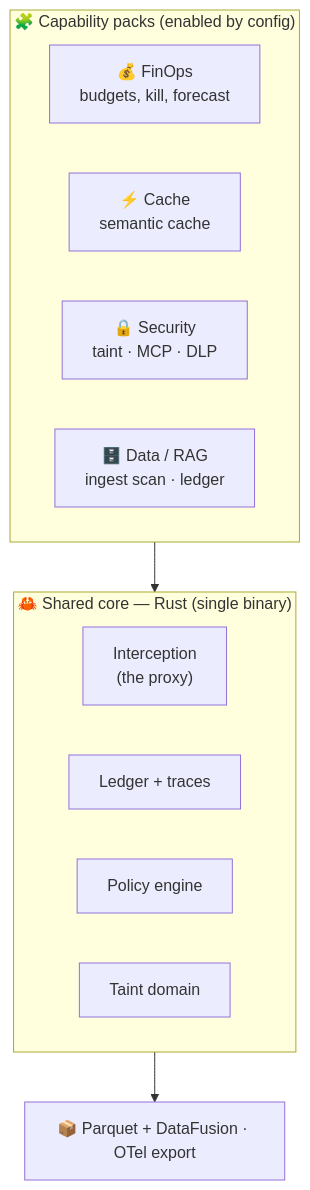
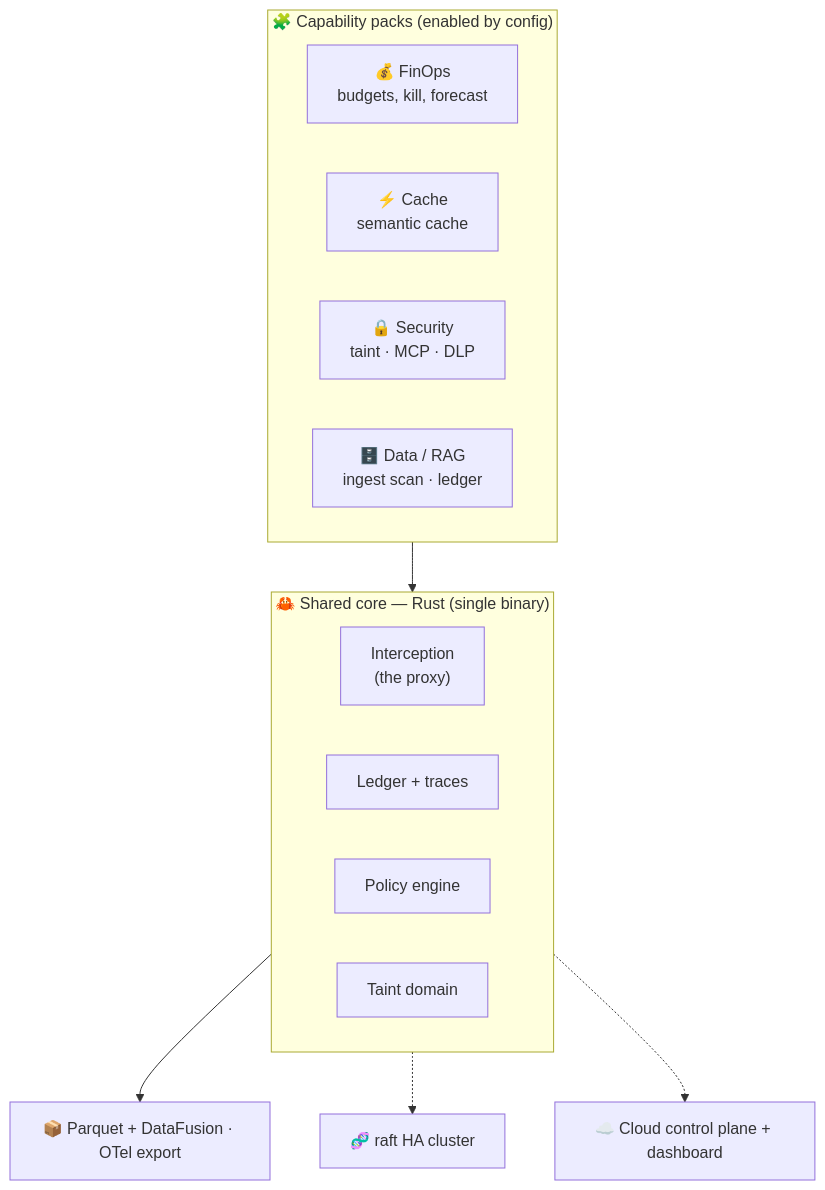
The third of 4 diagrams in README.md (TAIPANBOX/TokenGuard), drawn with Mermaid before and after one commit. The commit also changed other lines of this file, not shown here.

````diff
--- a/README.md
+++ b/README.md
@@ -240,19 +247,21 @@
 ```mermaid
 flowchart TB
     subgraph packs["🧩 Capability packs (enabled by config)"]
         direction LR
         F["💰 FinOps<br/>budgets, kill, forecast"]
         C["⚡ Cache<br/>semantic cache"]
         S["🔒 Security<br/>taint · MCP · DLP"]
         DA["🗄️ Data / RAG<br/>ingest scan · ledger"]
     end
     subgraph core["🦀 Shared core — Rust (single binary)"]
         direction LR
         I["Interception<br/>(the proxy)"]
         LE["Ledger + traces"]
         PE["Policy engine"]
         TD["Taint domain"]
     end
     packs --> core
     core --> ST["📦 Parquet + DataFusion · OTel export"]
+    core -.-> HA["🧬 raft HA cluster"]
+    core -.-> CL["☁️ Cloud control plane + dashboard"]
 ```
````
